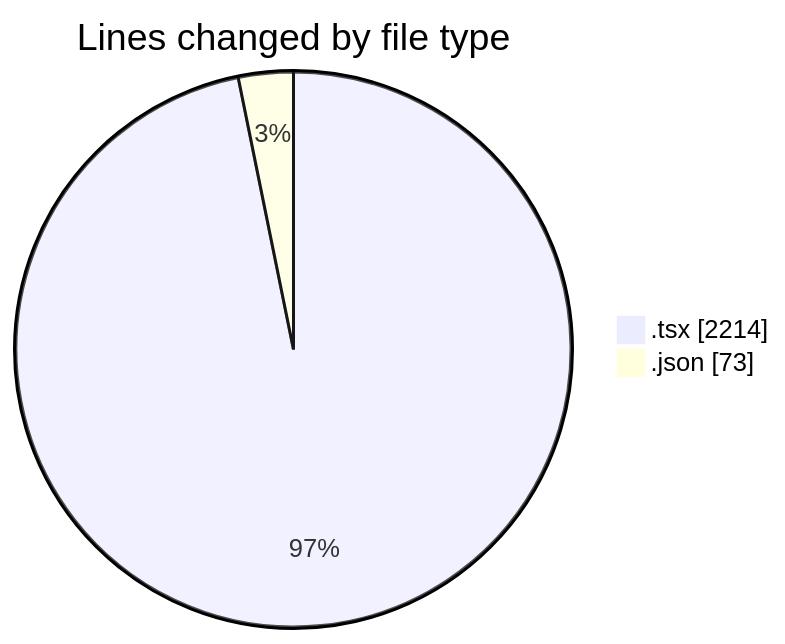
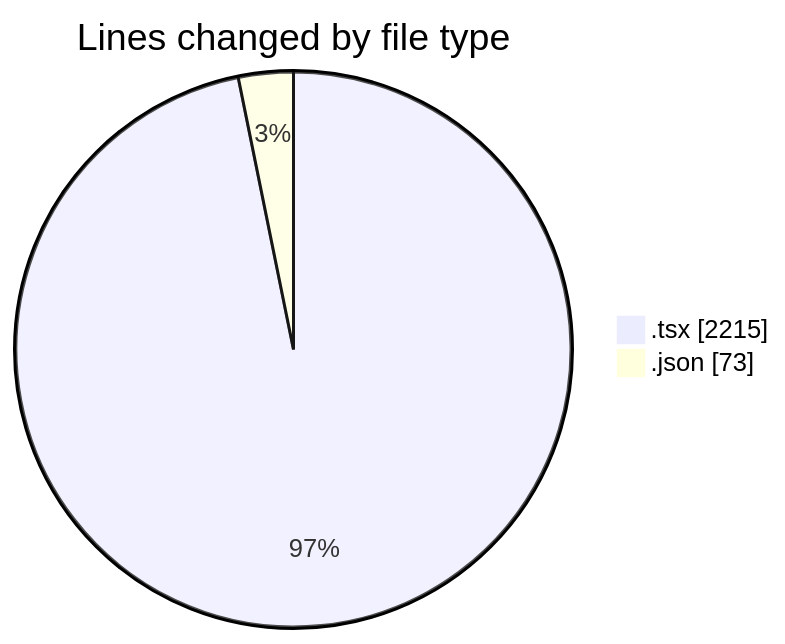
The first of 2 diagrams in 2025-10-02/cda/README.md (momahboobian/code-tracking), drawn with Mermaid before and after one commit. The commit also changed other lines of this file and 1 other file, not shown here.

````diff
--- a/2025-10-02/cda/README.md
+++ b/2025-10-02/cda/README.md
@@ -22,6 +23,6 @@
 ```mermaid
 pie showData
 title Lines changed by file type
-".tsx" : 2214
+".tsx" : 2215
 ".json" : 73
 ```
````
